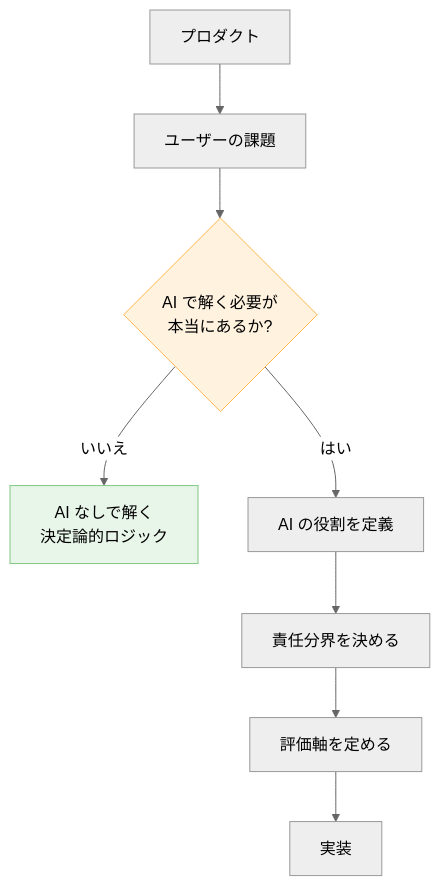
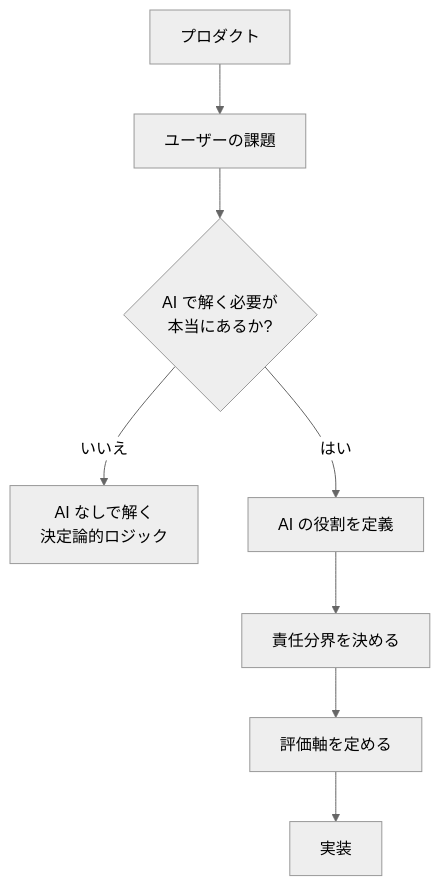
Before and after one commit to dinekt/dinekt-wiki: the first of 2 diagrams in docs/concepts/ai-プロダクト設計の-3-つの基本原則.md, drawn with Mermaid (neutral theme). The commit also changed other lines of this file and 70 other files, not shown here.

First line of the commit message:
fix(mermaid): strip all inline styling, rely on theme

````diff
--- a/docs/concepts/ai-プロダクト設計の-3-つの基本原則.md
+++ b/docs/concepts/ai-プロダクト設計の-3-つの基本原則.md
@@ -25,14 +25,12 @@
 ```mermaid
 flowchart TD
     P[プロダクト]
     P --> C[ユーザーの課題]
     C --> J{AI で解く必要が<br/>本当にあるか?}
     J -->|いいえ| R[AI なしで解く<br/>決定論的ロジック]
     J -->|はい| A[AI の役割を定義]
     A --> D[責任分界を決める]
     D --> E[評価軸を定める]
     E --> B[実装]
 
-    style J fill:#fff3e0,stroke:#ffb74d,color:#000
-    style R fill:#e8f5e9,stroke:#81c784,color:#000
 ```
````
